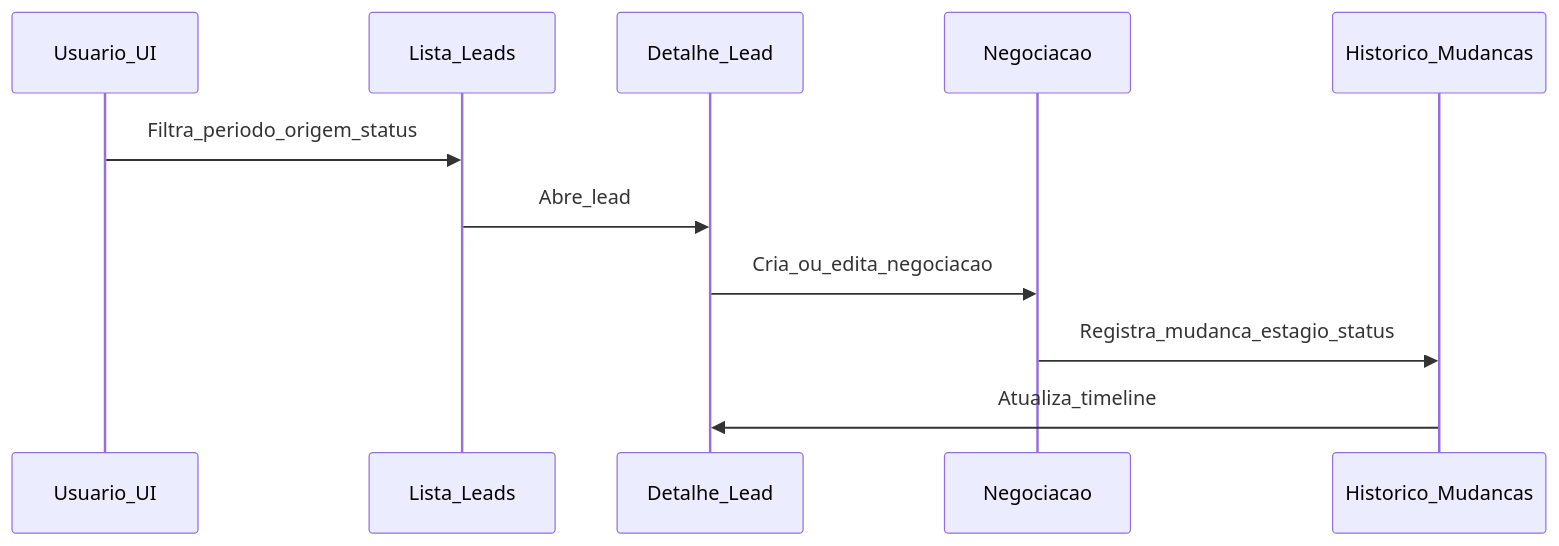
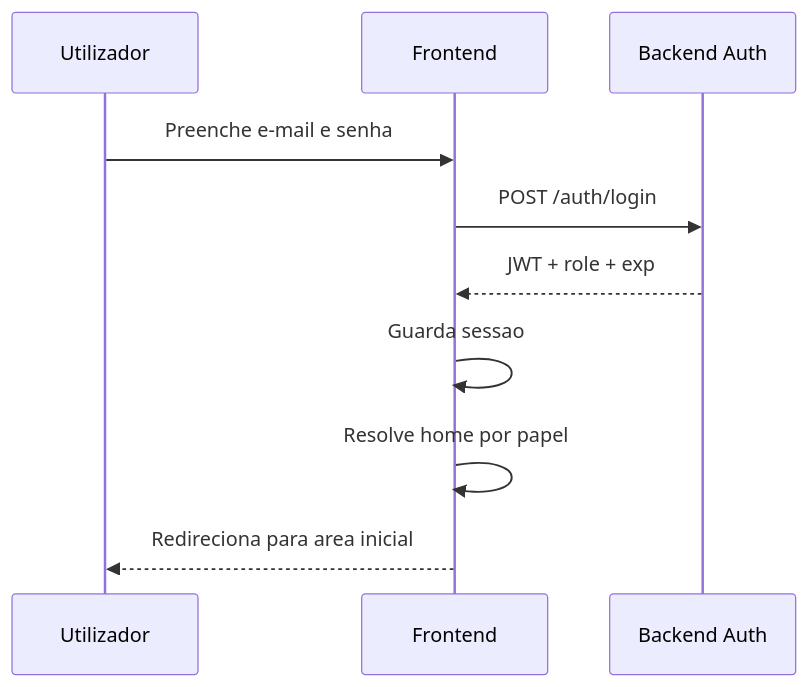
The fourth of 8 diagrams in docs/architecture/frontend-information-architecture.md (ErrorSquad-ABP/ABP3-Sistema-Gestao-Leads), drawn with Mermaid before and after one commit. The commit also changed other lines of this file and 6 other files, not shown here.

````diff
--- a/docs/architecture/frontend-information-architecture.md
+++ b/docs/architecture/frontend-information-architecture.md
@@ -174,13 +252,13 @@
 ```mermaid
 sequenceDiagram
-  participant U as Usuario_UI
-  participant L as Lista_Leads
-  participant D as Detalhe_Lead
-  participant N as Negociacao
-  participant H as Historico_Mudancas
-  U->>L: Filtra_periodo_origem_status
-  L->>D: Abre_lead
-  D->>N: Cria_ou_edita_negociacao
-  N->>H: Registra_mudanca_estagio_status
-  H->>D: Atualiza_timeline
+  participant U as Utilizador
+  participant UI as Frontend
+  participant API as Backend Auth
+
+  U->>UI: Preenche e-mail e senha
+  UI->>API: POST /auth/login
+  API-->>UI: JWT + role + exp
+  UI->>UI: Guarda sessao
+  UI->>UI: Resolve home por papel
+  UI-->>U: Redireciona para area inicial
 ```
````
